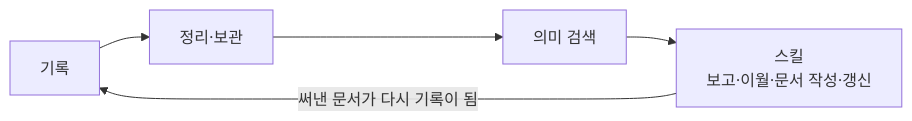
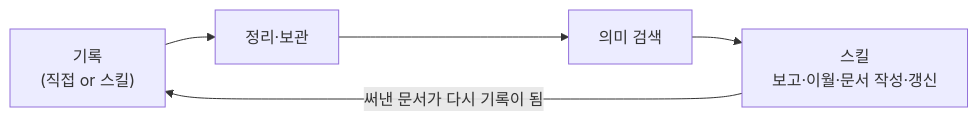
Before and after one commit to mzd-nrkim/loregist: the first of 2 diagrams in README.md, drawn with Mermaid. The commit also changed other lines of this file and 1 other file, not shown here.

Commit message:
docs(README): CLI→도구 표현 순화, 기록 다이어그램에 '직접 or 스킬' 반영

````diff
--- a/README.md
+++ b/README.md
@@ -28,6 +28,6 @@
 ```mermaid
 flowchart LR
-    REC["기록"] --> ARC["정리·보관"] --> SCH["의미 검색"]
+    REC["기록\n(직접 or 스킬)"] --> ARC["정리·보관"] --> SCH["의미 검색"]
     SCH --> SKILL["스킬<br/>보고·이월·문서 작성·갱신"]
     SKILL -->|"써낸 문서가 다시 기록이 됨"| REC
 ```
````
